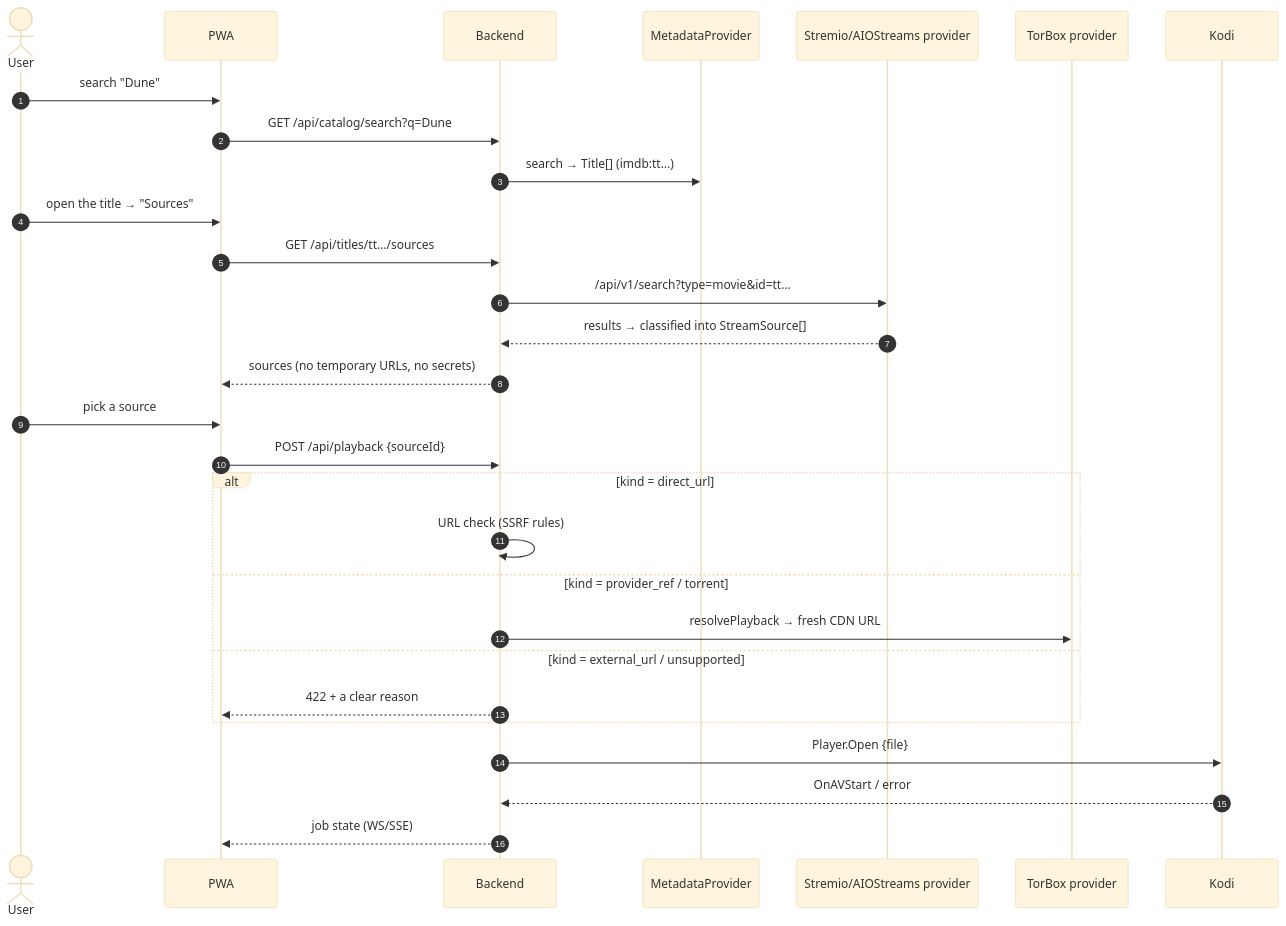
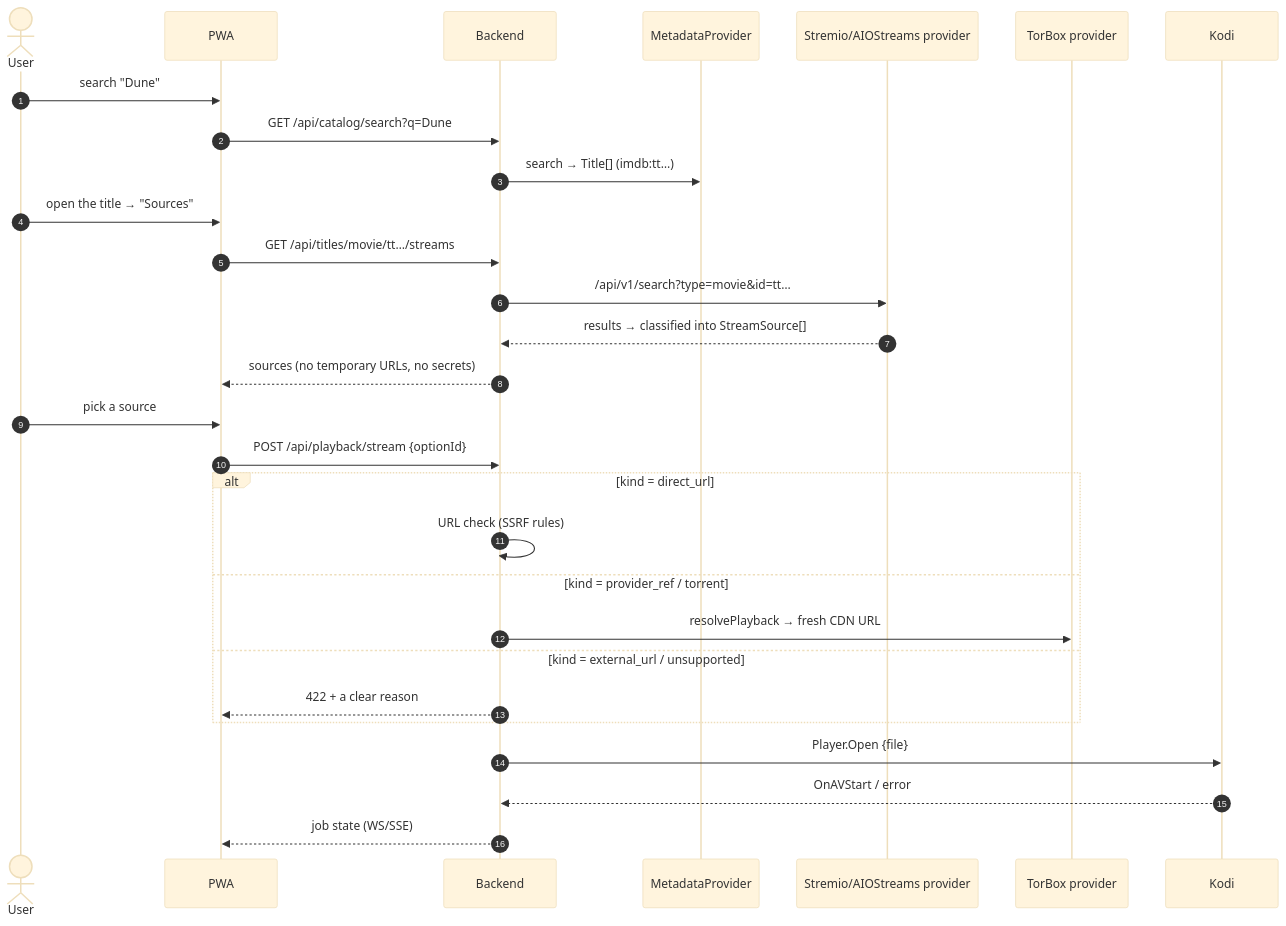
Before and after one commit to pavelmilkota/home-media-cast: the third of 5 diagrams in docs/diagrams.md, drawn with Mermaid (base theme). The commit also changed other lines of this file and 10 other files, not shown here.

````diff
--- a/docs/diagrams.md
+++ b/docs/diagrams.md
@@ -94,32 +97,32 @@
 ```mermaid
 sequenceDiagram
   autonumber
   actor U as User
   participant W as PWA
   participant B as Backend
   participant M as MetadataProvider
   participant S as Stremio/AIOStreams provider
   participant T as TorBox provider
   participant K as Kodi
 
   U->>W: search "Dune"
   W->>B: GET /api/catalog/search?q=Dune
   B->>M: search → Title[] (imdb:tt…)
   U->>W: open the title → "Sources"
-  W->>B: GET /api/titles/tt…/sources
+  W->>B: GET /api/titles/movie/tt…/streams
   B->>S: /api/v1/search?type=movie&id=tt…
   S-->>B: results → classified into StreamSource[]
   B-->>W: sources (no temporary URLs, no secrets)
   U->>W: pick a source
-  W->>B: POST /api/playback {sourceId}
+  W->>B: POST /api/playback/stream {optionId}
   alt kind = direct_url
     B->>B: URL check (SSRF rules)
   else kind = provider_ref / torrent
     B->>T: resolvePlayback → fresh CDN URL
   else kind = external_url / unsupported
     B-->>W: 422 + a clear reason
   end
   B->>K: Player.Open {file}
   K-->>B: OnAVStart / error
   B-->>W: job state (WS/SSE)
 ```
````
